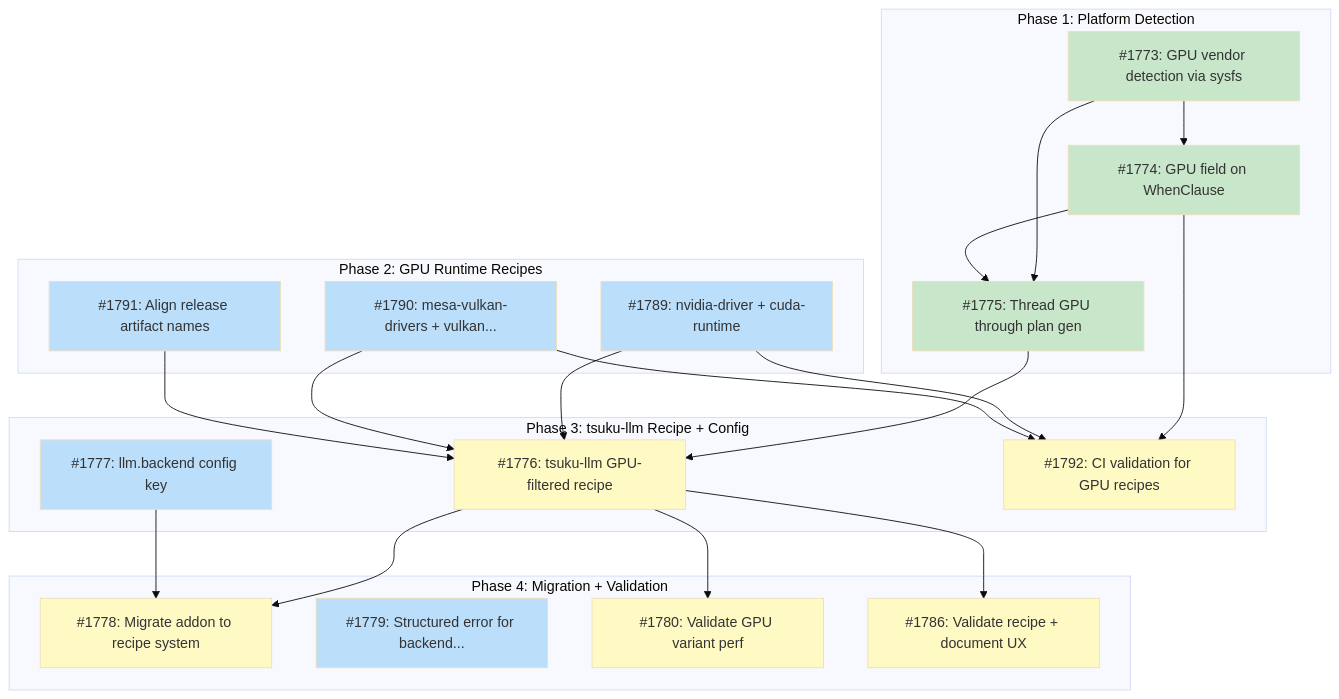
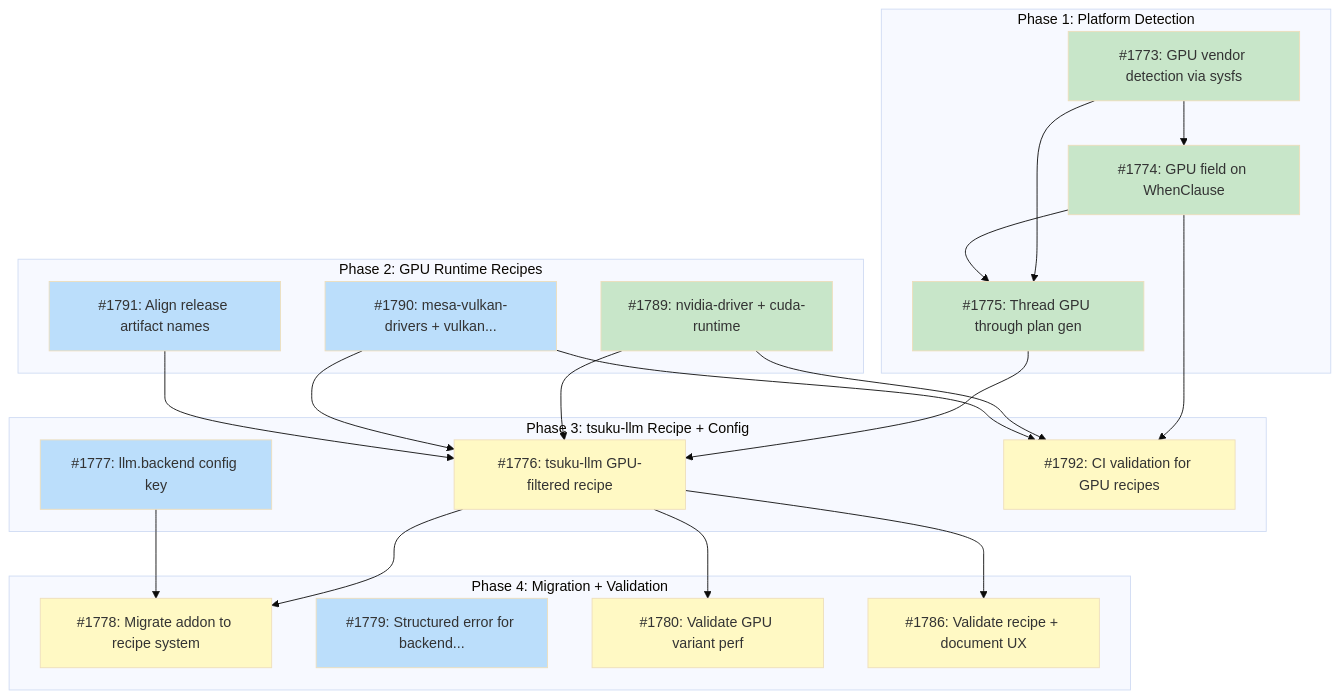
One commit to tsukumogami/tsuku changed the diagram in docs/designs/DESIGN-gpu-backend-selection.md. Above: the diagram before and after it, drawn with Mermaid (base theme). The commit also changed other lines of this file and 8 other files, not shown here.

````diff
--- a/docs/designs/DESIGN-gpu-backend-selection.md
+++ b/docs/designs/DESIGN-gpu-backend-selection.md
@@ -72,52 +72,52 @@
 ```mermaid
 graph TD
     subgraph Phase1["Phase 1: Platform Detection"]
         I1773["#1773: GPU vendor detection via sysfs"]
         I1774["#1774: GPU field on WhenClause"]
         I1775["#1775: Thread GPU through plan gen"]
     end
 
     subgraph Phase2["Phase 2: GPU Runtime Recipes"]
         I1789["#1789: nvidia-driver + cuda-runtime"]
         I1790["#1790: mesa-vulkan-drivers + vulkan..."]
         I1791["#1791: Align release artifact names"]
     end
 
     subgraph Phase3["Phase 3: tsuku-llm Recipe + Config"]
         I1776["#1776: tsuku-llm GPU-filtered recipe"]
         I1777["#1777: llm.backend config key"]
         I1792["#1792: CI validation for GPU recipes"]
     end
 
     subgraph Phase4["Phase 4: Migration + Validation"]
         I1778["#1778: Migrate addon to recipe system"]
         I1779["#1779: Structured error for backend..."]
         I1780["#1780: Validate GPU variant perf"]
         I1786["#1786: Validate recipe + document UX"]
     end
 
     I1773 --> I1774
     I1773 --> I1775
     I1774 --> I1775
     I1774 --> I1792
     I1789 --> I1792
     I1790 --> I1792
     I1775 --> I1776
     I1789 --> I1776
     I1790 --> I1776
     I1791 --> I1776
     I1776 --> I1778
     I1777 --> I1778
     I1776 --> I1780
     I1776 --> I1786
 
     classDef done fill:#c8e6c9
     classDef ready fill:#bbdefb
     classDef blocked fill:#fff9c4
     classDef needsDesign fill:#e1bee7
     classDef tracksDesign fill:#FFE0B2,stroke:#F57C00,color:#000
 
-    class I1773,I1774,I1775 done
-    class I1777,I1779,I1789,I1790,I1791 ready
+    class I1773,I1774,I1775,I1789 done
+    class I1777,I1779,I1790,I1791 ready
     class I1776,I1778,I1780,I1786,I1792 blocked
 ```
````
